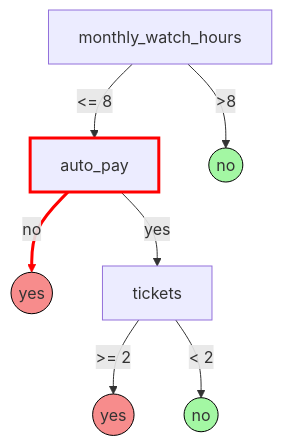
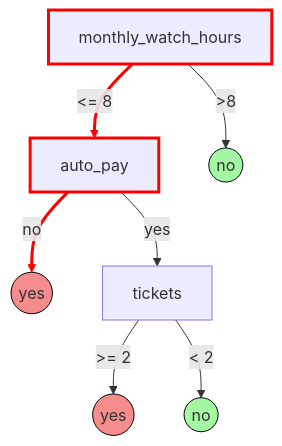
One commit to w4bo/AA2627-unibo-mldm changed the fifth of 18 diagrams in slides/02-dt.qmd. Above: the diagram before and after it, drawn with Mermaid. The commit also changed other lines of this file, not shown here.

````diff
--- a/slides/02-dt.qmd
+++ b/slides/02-dt.qmd
@@ -211,20 +217,22 @@
 ```{mermaid}
 %%| echo: false
 flowchart TD
     A[monthly_watch_hours] -->|<= 8| B[auto_pay]
     A -->|>8| C((no))
 
     B -->|no| D((yes))
     B -->|yes| E[tickets]
 
     E -->|>= 2| F((yes))
     E -->|< 2| G((no))
 
+    style A stroke:#ff0000,stroke-width:3px
+    linkStyle 0 stroke:#ff0000,stroke-width:3px
     style B stroke:#ff0000,stroke-width:3px
     linkStyle 2 stroke:#ff0000,stroke-width:3px
 
     style C fill:#a3f7a3,stroke:#000
     style D fill:#f78c8c,stroke:#000
     style F fill:#f78c8c,stroke:#000
     style G fill:#a3f7a3,stroke:#000
 ```
````
